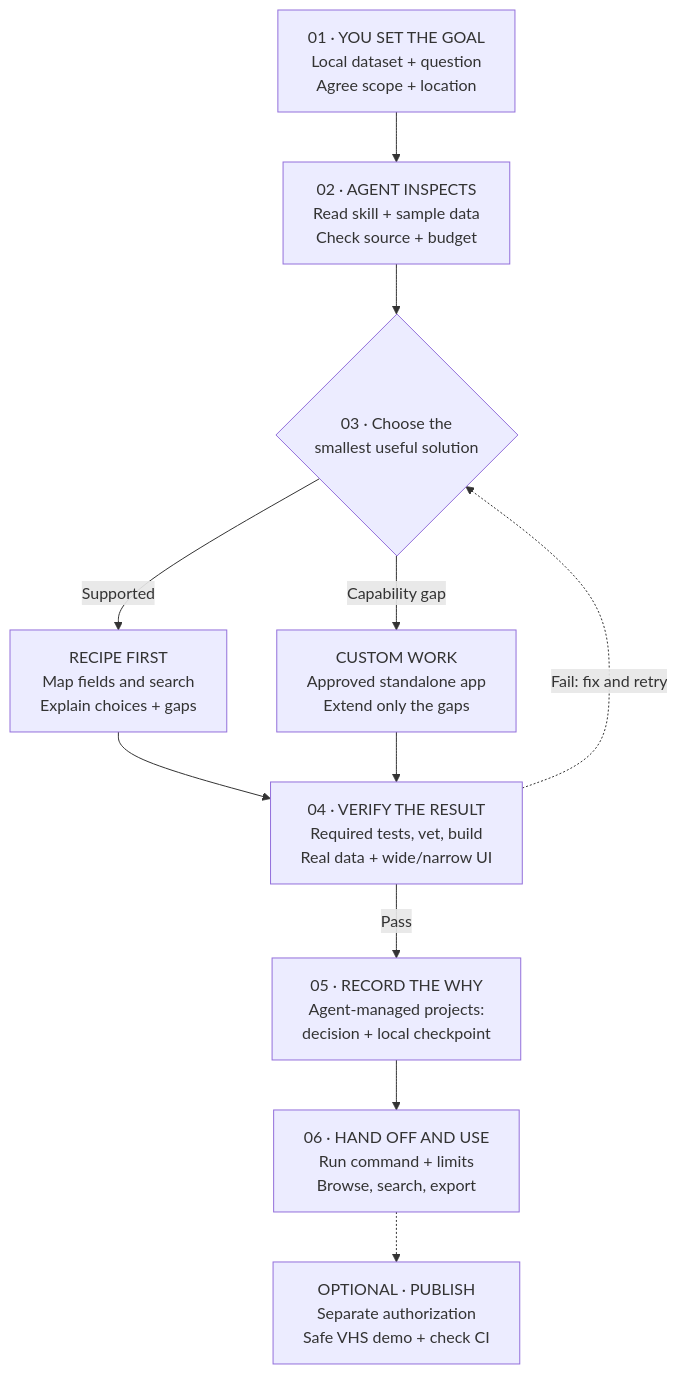
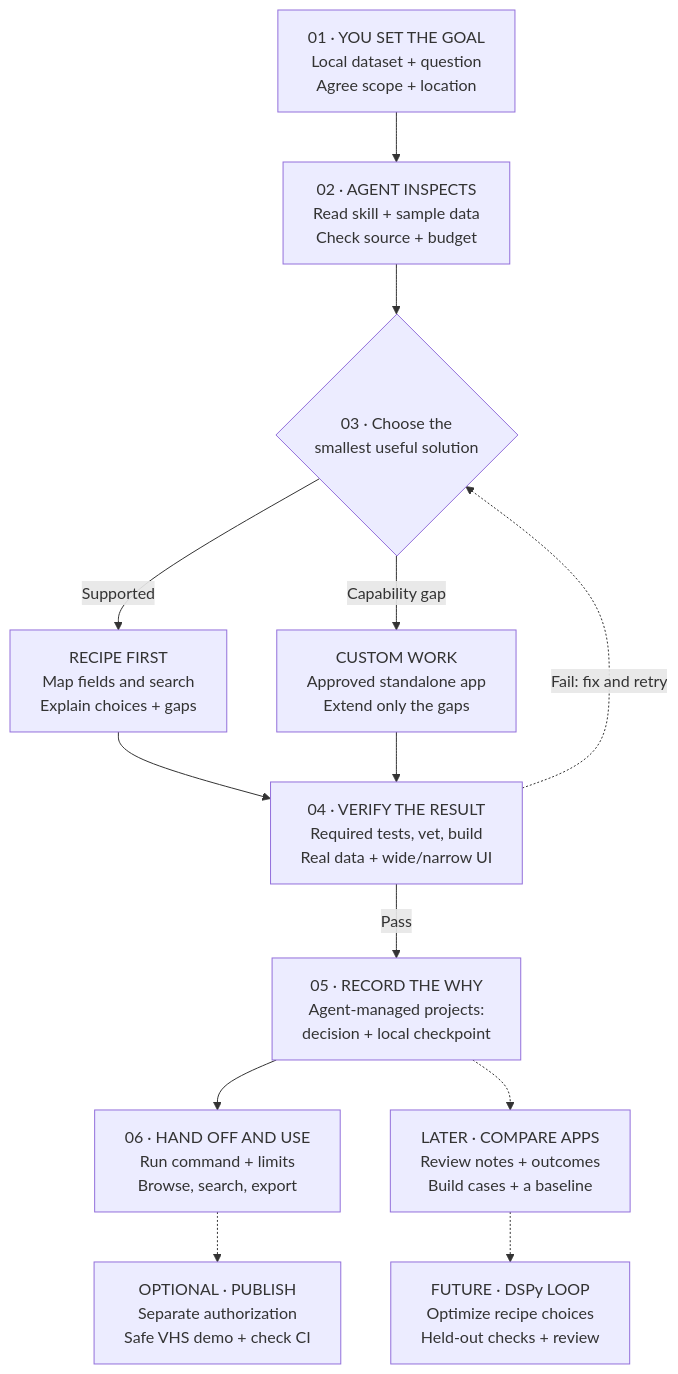
The diagram in profile/assets/kit-workflow.mmd (Dataset-explorer-tui-kit/.github), drawn with Mermaid before and after one commit. The commit also changed 7 other files, not shown here.

Commit message:
docs: connect versioned decision history to the future DSPy learning roadmap

```diff
--- a/profile/assets/kit-workflow.mmd
+++ b/profile/assets/kit-workflow.mmd
@@ -1,25 +1,29 @@
 flowchart TD
     intent["01 · YOU SET THE GOAL<br/>Local dataset + question<br/>Agree scope + location"]
     inspect["02 · AGENT INSPECTS<br/>Read skill + sample data<br/>Check source + budget"]
     fit{"03 · Choose the<br/>smallest useful solution"}
     recipe["RECIPE FIRST<br/>Map fields and search<br/>Explain choices + gaps"]
     custom["CUSTOM WORK<br/>Approved standalone app<br/>Extend only the gaps"]
     verify["04 · VERIFY THE RESULT<br/>Required tests, vet, build<br/>Real data + wide/narrow UI"]
     history["05 · RECORD THE WHY<br/>Agent-managed projects:<br/>decision + local checkpoint"]
     use["06 · HAND OFF AND USE<br/>Run command + limits<br/>Browse, search, export"]
     publish["OPTIONAL · PUBLISH<br/>Separate authorization<br/>Safe VHS demo + check CI"]
     intent --> inspect
     inspect --> fit
     fit -->|Supported| recipe
     fit -->|Capability gap| custom
     recipe --> verify
     custom --> verify
     verify -->|Pass| history
     verify -.->|Fail: fix and retry| fit
     history --> use
     use -.-> publish
+    learn["LATER · COMPARE APPS<br/>Review notes + outcomes<br/>Build cases + a baseline"]
+    optimize["FUTURE · DSPy LOOP<br/>Optimize recipe choices<br/>Held-out checks + review"]
+    history -.-> learn
+    learn -.-> optimize
     class intent input
     class inspect,fit,recipe,custom agent
     class verify,history core
     class use output
-    class publish optional
+    class publish,learn,optimize optional
```
